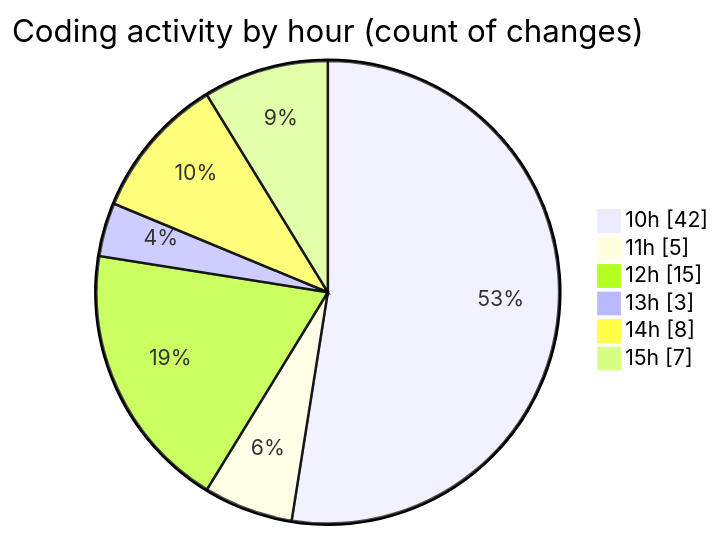
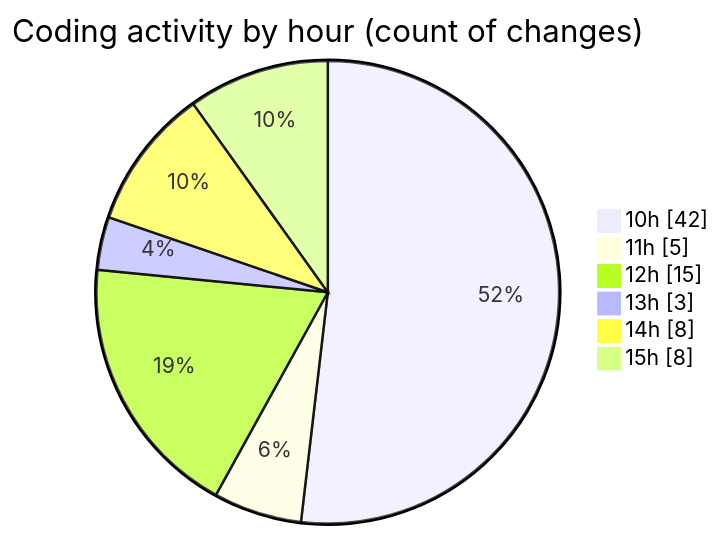
Before and after one commit to nxtqubesakshisongat/code-tracking: the second of 2 diagrams in 2025-08-04/nxtqube_webapp/README.md, drawn with Mermaid. The commit also changed other lines of this file and 1 other file, not shown here.

````diff
--- a/2025-08-04/nxtqube_webapp/README.md
+++ b/2025-08-04/nxtqube_webapp/README.md
@@ -34,10 +35,10 @@
 ```mermaid
 pie showData
 title Coding activity by hour (count of changes)
 "10h" : 42
 "11h" : 5
 "12h" : 15
 "13h" : 3
 "14h" : 8
-"15h" : 7
+"15h" : 8
 ```
````
